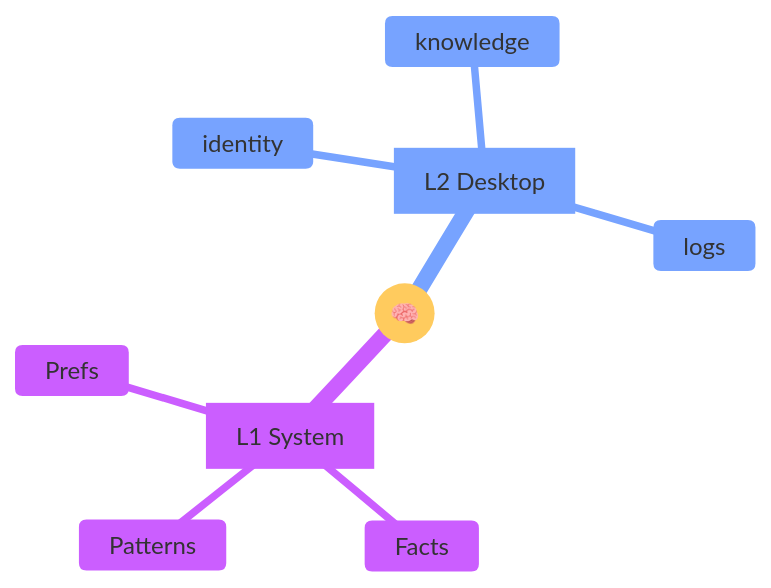
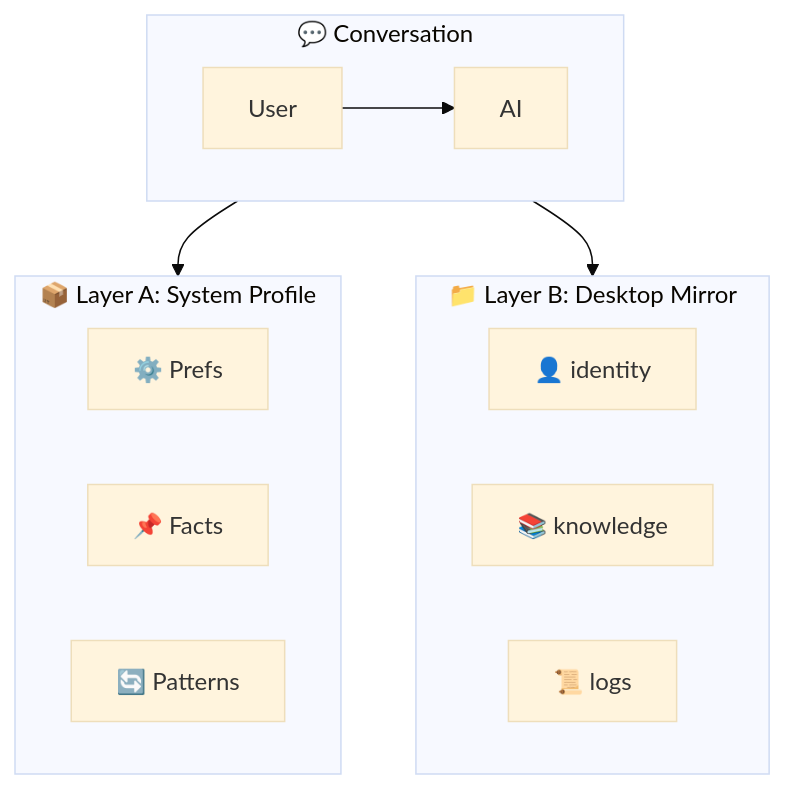
The first of 5 diagrams in README.md (mangiapanejohn-dev/Resonix-AG), drawn with Mermaid (base theme) before and after one commit. The commit also changed other lines of this file, not shown here.

First line of the commit message:
docs: improve Key Features diagrams

````diff
--- a/README.md
+++ b/README.md
@@ -55,12 +55,19 @@
 ```mermaid
-mindmap
-  root((🧠))
-    L1[L1 System]
-      Prefs
-      Facts
-      Patterns
-    L2[L2 Desktop]
-      identity
-      knowledge
-      logs
+flowchart TB
+    subgraph Conv[💬 Conversation]
+        direction LR
+        Q[User] --> A[AI]
+    end
+    subgraph L1[📦 Layer A: System Profile]
+        P[⚙️ Prefs]
+        F[📌 Facts]
+        C[🔄 Patterns]
+    end
+    subgraph L2[📁 Layer B: Desktop Mirror]
+        I[👤 identity]
+        K[📚 knowledge]
+        L[📜 logs]
+    end
+    Conv --> L1
+    Conv --> L2
 ```
````
